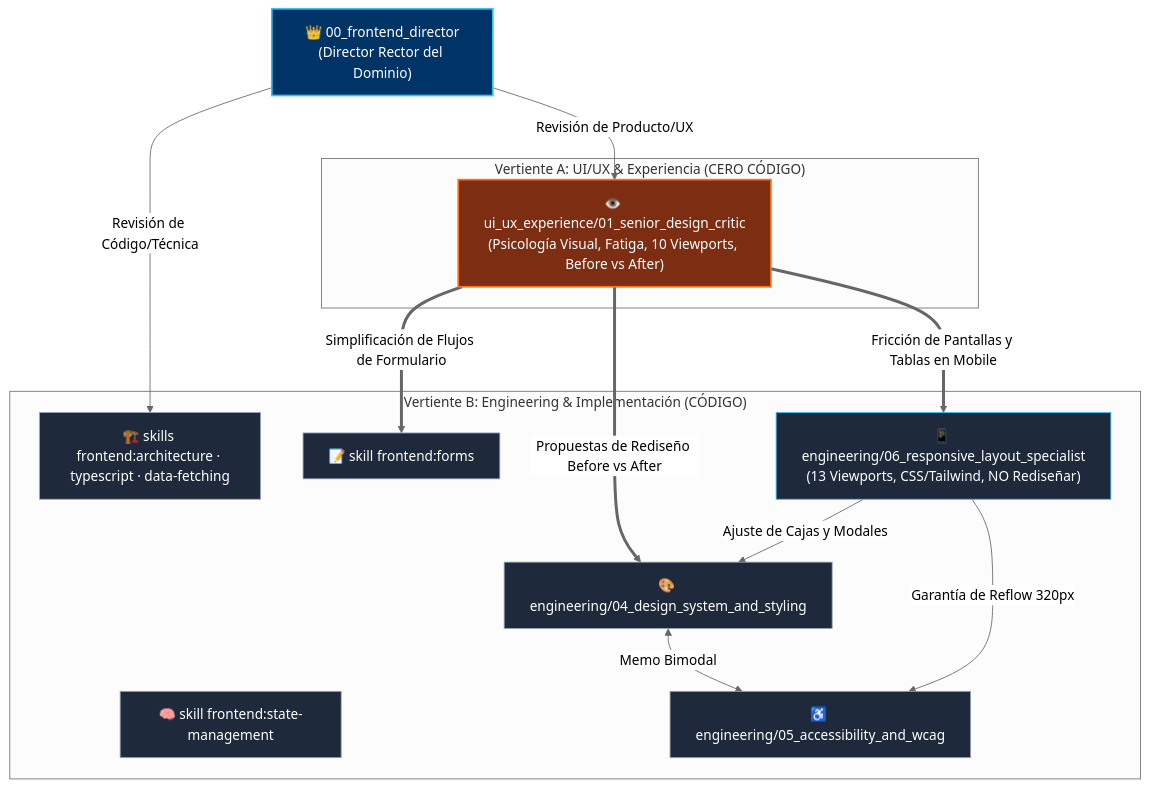
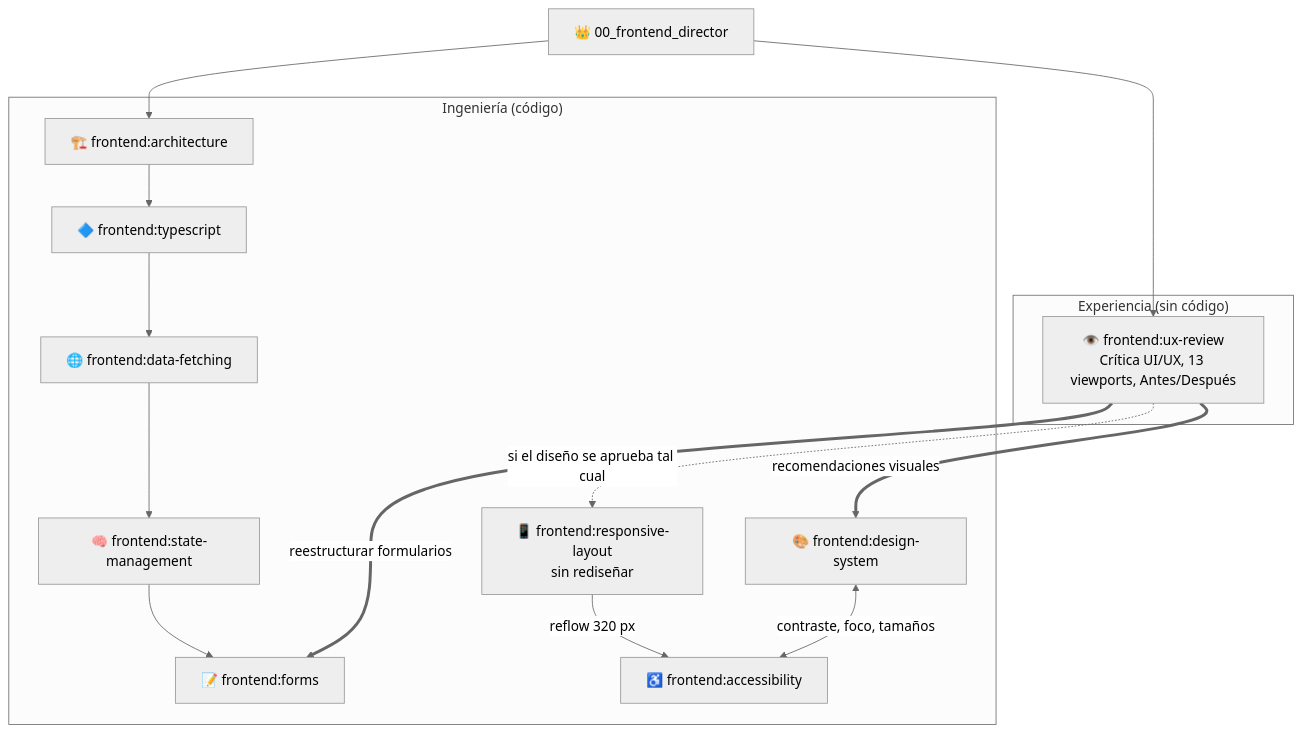
Before and after one commit to DanExl24/ai-agentic-audit-kit: the diagram in domains/01_frontend/00_frontend_director/ROUTING_PLAYBOOK.md, drawn with Mermaid (neutral theme). The commit also changed other lines of this file and 50 other files, not shown here.

First line of the commit message:
[v1.7.0] refactor(frontend): migrar UX, design system, accesibilidad y responsive a skills (ola 2)

````diff
--- a/domains/01_frontend/00_frontend_director/ROUTING_PLAYBOOK.md
+++ b/domains/01_frontend/00_frontend_director/ROUTING_PLAYBOOK.md
@@ -10,35 +10,28 @@
 ```mermaid
 flowchart TD
-    DIR["👑 00_frontend_director<br/>(Director Rector del Dominio)"]
+    DIR["👑 00_frontend_director"]
 
-    subgraph "Vertiente A: UI/UX & Experiencia (CERO CÓDIGO)"
-        UX["👁️ ui_ux_experience/01_senior_design_critic<br/>(Psicología Visual, Fatiga, 10 Viewports, Before vs After)"]
+    subgraph "Experiencia (sin código)"
+        UX["👁️ frontend:ux-review<br/>Crítica UI/UX, 13 viewports, Antes/Después"]
     end
 
-    subgraph "Vertiente B: Engineering & Implementación (CÓDIGO)"
-        E1["🏗️ skills frontend:architecture · typescript · data-fetching"]
-        E2["🧠 skill frontend:state-management"]
-        E3["📝 skill frontend:forms"]
-        E4["🎨 engineering/04_design_system_and_styling"]
-        E5["♿ engineering/05_accessibility_and_wcag"]
-        E6["📱 engineering/06_responsive_layout_specialist<br/>(13 Viewports, CSS/Tailwind, NO Rediseñar)"]
+    subgraph "Ingeniería (código)"
+        ARCH["🏗️ frontend:architecture"]
+        TS["🔷 frontend:typescript"]
+        DATA["🌐 frontend:data-fetching"]
+        STATE["🧠 frontend:state-management"]
+        FORMS["📝 frontend:forms"]
+        DS["🎨 frontend:design-system"]
+        A11Y["♿ frontend:accessibility"]
+        RESP["📱 frontend:responsive-layout<br/>sin rediseñar"]
     end
 
-    DIR -->|Revisión de Producto/UX| UX
-    DIR -->|Revisión de Código/Técnica| E1
-    UX ==>|"Propuestas de Rediseño Before vs After"| E4
-    UX ==>|"Fricción de Pantallas y Tablas en Mobile"| E6
-    UX ==>|"Simplificación de Flujos de Formulario"| E3
-    E4 <-->|"Memo Bimodal"| E5
-    E6 -->|"Ajuste de Cajas y Modales"| E4
-    E6 -->|"Garantía de Reflow 320px"| E5
-
-    style DIR fill:#003366,stroke:#38bdf8,color:#ffffff,stroke-width:2px
-    style UX fill:#7c2d12,stroke:#f97316,color:#ffffff,stroke-width:2px
-    style E1 fill:#1e293b,stroke:#94a3b8,color:#ffffff
-    style E2 fill:#1e293b,stroke:#94a3b8,color:#ffffff
-    style E3 fill:#1e293b,stroke:#94a3b8,color:#ffffff
-    style E4 fill:#1e293b,stroke:#94a3b8,color:#ffffff
-    style E5 fill:#1e293b,stroke:#94a3b8,color:#ffffff
-    style E6 fill:#1e293b,stroke:#38bdf8,color:#ffffff
+    DIR --> UX
+    DIR --> ARCH
+    UX ==>|"recomendaciones visuales"| DS
+    UX ==>|"reestructurar formularios"| FORMS
+    UX -.->|"si el diseño se aprueba tal cual"| RESP
+    DS <-->|"contraste, foco, tamaños"| A11Y
+    RESP -->|"reflow 320 px"| A11Y
+    ARCH --> TS --> DATA --> STATE --> FORMS
 ```
````
